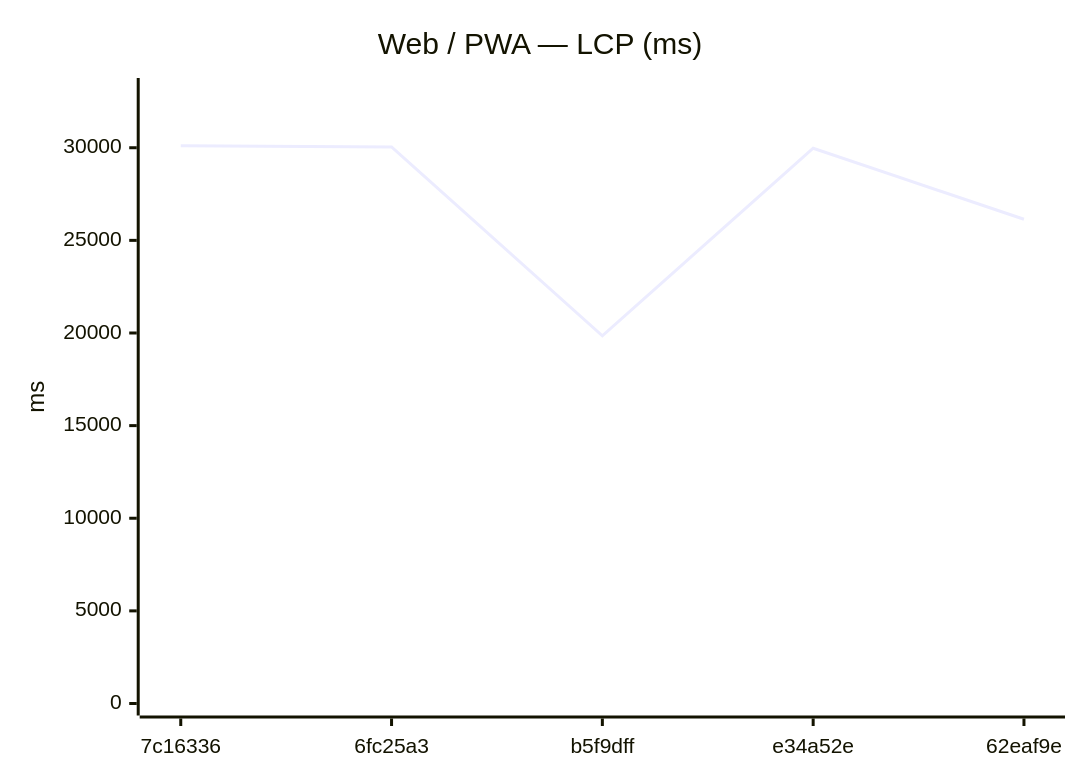
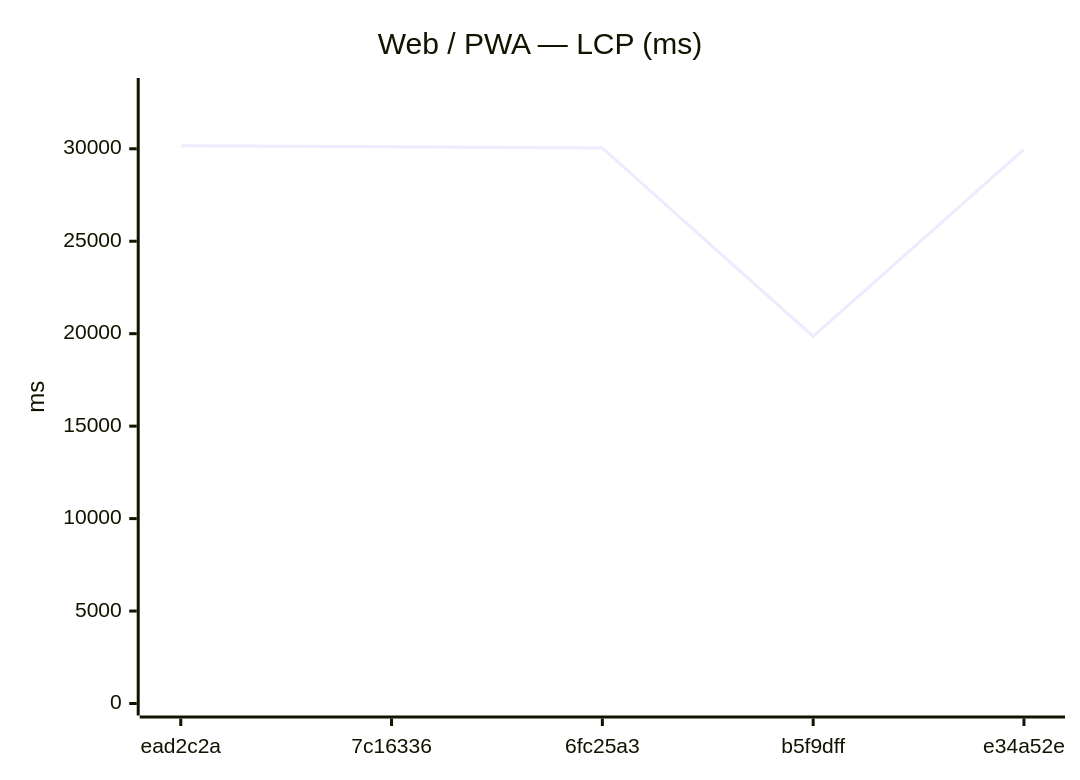
Before and after one commit to Metaheurist/Rianell: the fifth of 12 diagrams in benchmarks/compare.md, drawn with Mermaid. The commit also changed other lines of this file and 8 other files, not shown here.

````diff
--- a/benchmarks/compare.md
+++ b/benchmarks/compare.md
@@ -82,7 +82,7 @@
 ```mermaid
 xychart-beta
     title "Web / PWA — LCP (ms)"
-    x-axis ["7c16336", "6fc25a3", "b5f9dff", "e34a52e", "62eaf9e"]
-    y-axis "ms" 0 --> 33117
-    line [30106, 30044, 19849, 29974, 26139]
+    x-axis ["ead2c2a", "7c16336", "6fc25a3", "b5f9dff", "e34a52e"]
+    y-axis "ms" 0 --> 33179
+    line [30162, 30106, 30044, 19849, 29974]
 ```
````
